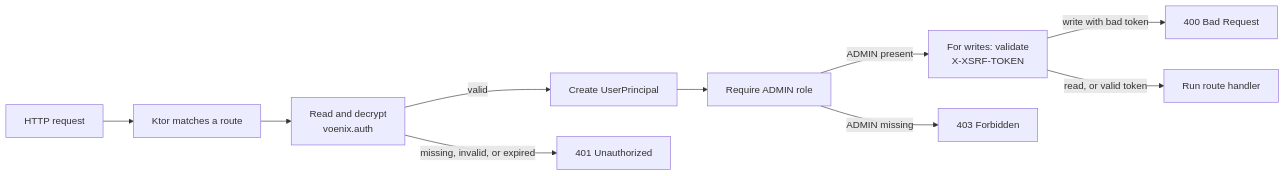
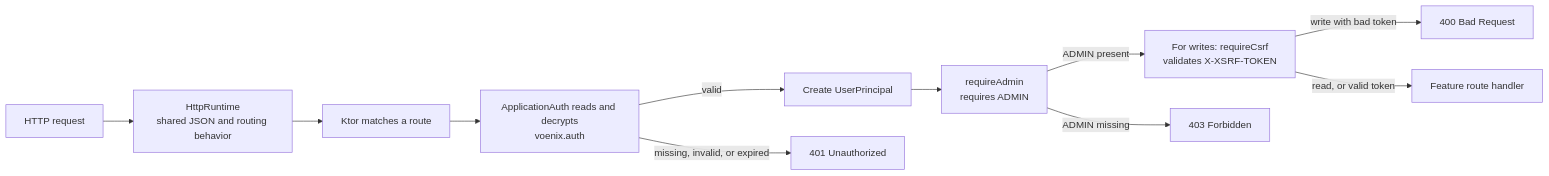
Before and after one commit to bitstorm-tech/voenix-shop-kotlin: the diagram in docs/dev/backend/authentication-and-authorization.md, drawn with Mermaid. The commit also changed other lines of this file and 23 other files, not shown here.

Commit message:
Refactor shop flows and streamline Kotlin app structure

````diff
--- a/docs/dev/backend/authentication-and-authorization.md
+++ b/docs/dev/backend/authentication-and-authorization.md
@@ -41,20 +47,22 @@
 ```mermaid
 flowchart LR
     Request["HTTP request"]
+    Http["HttpRuntime<br/>shared JSON and routing behavior"]
     Match["Ktor matches a route"]
-    Cookie["Read and decrypt<br/>voenix.auth"]
+    Cookie["ApplicationAuth reads and decrypts<br/>voenix.auth"]
     Principal["Create UserPrincipal"]
-    Role["Require ADMIN role"]
-    Csrf["For writes: validate<br/>X-XSRF-TOKEN"]
-    Handler["Run route handler"]
+    Role["requireAdmin<br/>requires ADMIN"]
+    Csrf["For writes: requireCsrf<br/>validates X-XSRF-TOKEN"]
+    Handler["Feature route handler"]
 
-    Request --> Match
+    Request --> Http
+    Http --> Match
     Match --> Cookie
     Cookie -->|"missing, invalid, or expired"| Unauthorized["401 Unauthorized"]
     Cookie -->|"valid"| Principal
     Principal --> Role
     Role -->|"ADMIN missing"| Forbidden["403 Forbidden"]
     Role -->|"ADMIN present"| Csrf
     Csrf -->|"write with bad token"| BadRequest["400 Bad Request"]
     Csrf -->|"read, or valid token"| Handler
 ```
````
